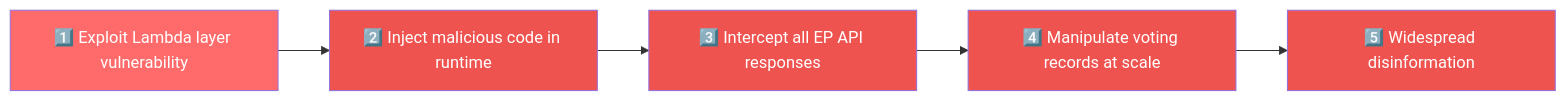
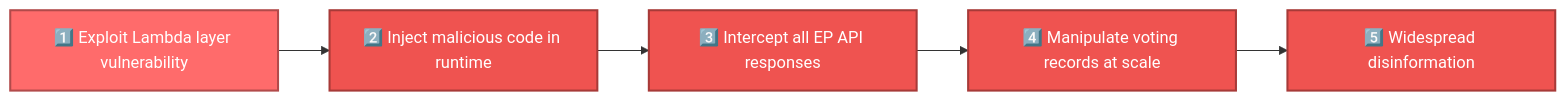
One commit to Hack23/European-Parliament-MCP-Server changed the fifth of 7 diagrams in docs/api-markdown/_media/FUTURE_THREAT_MODEL.md. Above: the diagram before and after it, drawn with Mermaid. The commit also changed other lines of this file and 17 other files, not shown here.

````diff
--- a/docs/api-markdown/_media/FUTURE_THREAT_MODEL.md
+++ b/docs/api-markdown/_media/FUTURE_THREAT_MODEL.md
@@ -336,18 +348,23 @@
 ```mermaid
 graph LR
     A[1️⃣ Exploit Lambda layer vulnerability] --> B[2️⃣ Inject malicious code in runtime]
     B --> C[3️⃣ Intercept all EP API responses]
     C --> D[4️⃣ Manipulate voting records at scale]
     D --> E[5️⃣ Widespread disinformation]
     
-    style A fill:#ff6b6b,color:#ffffff
+    style A fill:#ff6b6b,stroke:#b24a4a,stroke-width:2px,color:#ffffff
 
-    style B fill:#ef5350,color:#ffffff
 
-    style C fill:#ef5350,color:#ffffff
+    style B fill:#ef5350,stroke:#a73a38,stroke-width:2px,color:#ffffff
 
-    style D fill:#ef5350,color:#ffffff
 
-    style E fill:#ef5350,color:#ffffff
+    style C fill:#ef5350,stroke:#a73a38,stroke-width:2px,color:#ffffff
+
+
+    style D fill:#ef5350,stroke:#a73a38,stroke-width:2px,color:#ffffff
+
+
+    style E fill:#ef5350,stroke:#a73a38,stroke-width:2px,color:#ffffff
+
 
 ```
````
